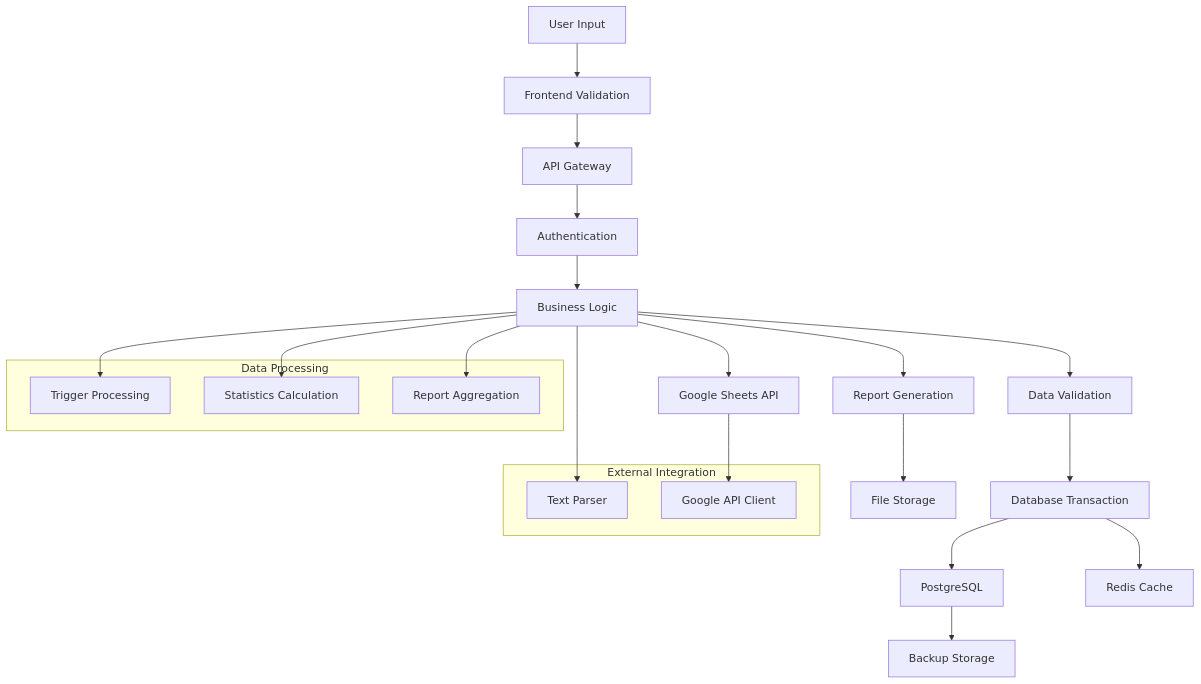
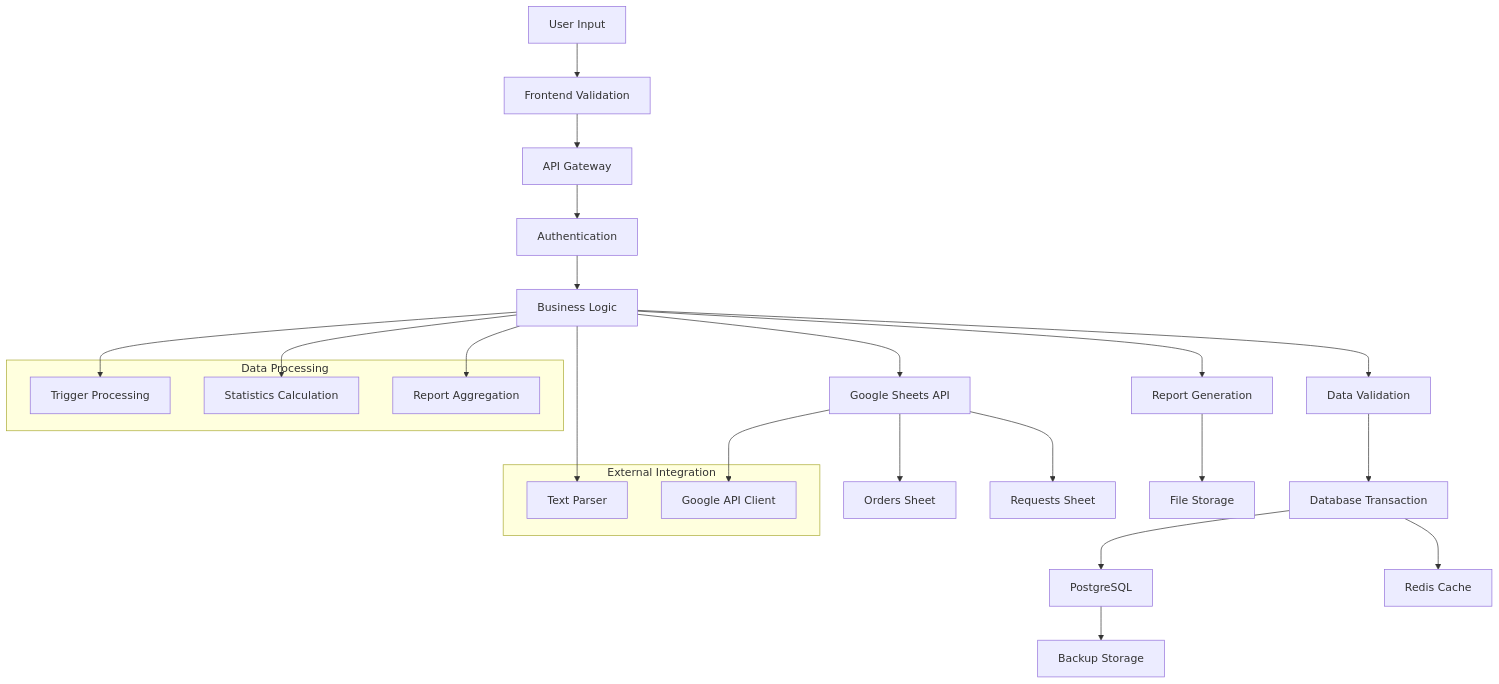
The fifth of 11 diagrams in docs/システムアーキテクチャ設計書.md (0046-shun/studix), drawn with Mermaid before and after one commit. The commit also changed other lines of this file and 28 other files, not shown here.

````diff
--- a/docs/システムアーキテクチャ設計書.md
+++ b/docs/システムアーキテクチャ設計書.md
@@ -372,33 +378,35 @@
 ```mermaid
 flowchart TD
     A[User Input] --> B[Frontend Validation]
     B --> C[API Gateway]
     C --> D[Authentication]
     D --> E[Business Logic]
     E --> F[Data Validation]
     F --> G[Database Transaction]
     G --> H[PostgreSQL]
     G --> I[Redis Cache]
     E --> J[Google Sheets API]
+    J --> J1[Orders Sheet]
+    J --> J2[Requests Sheet]
     E --> K[Report Generation]
     K --> L[File Storage]
     H --> M[Backup Storage]
     
     subgraph "Data Processing"
         N[Trigger Processing]
         O[Statistics Calculation]
         P[Report Aggregation]
     end
     
     E --> N
     E --> O
     E --> P
     
     subgraph "External Integration"
         Q[Text Parser]
         R[Google API Client]
     end
     
     E --> Q
     J --> R
 ```
````
